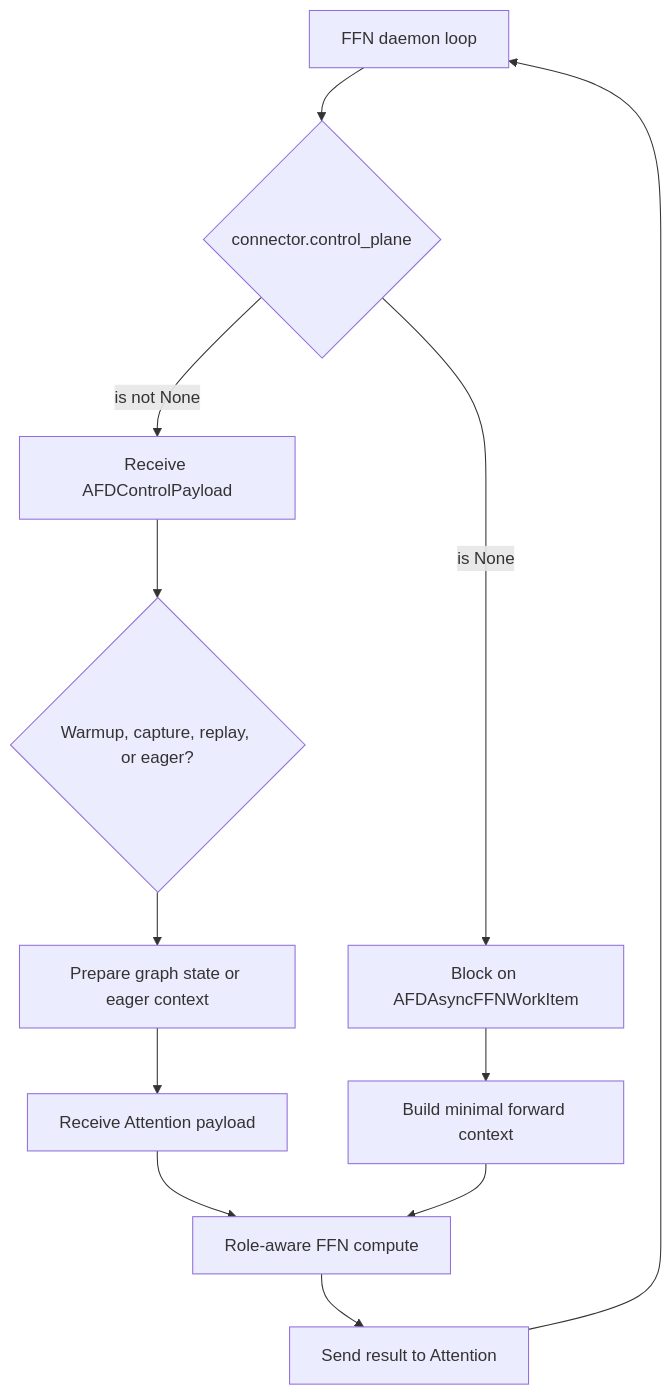
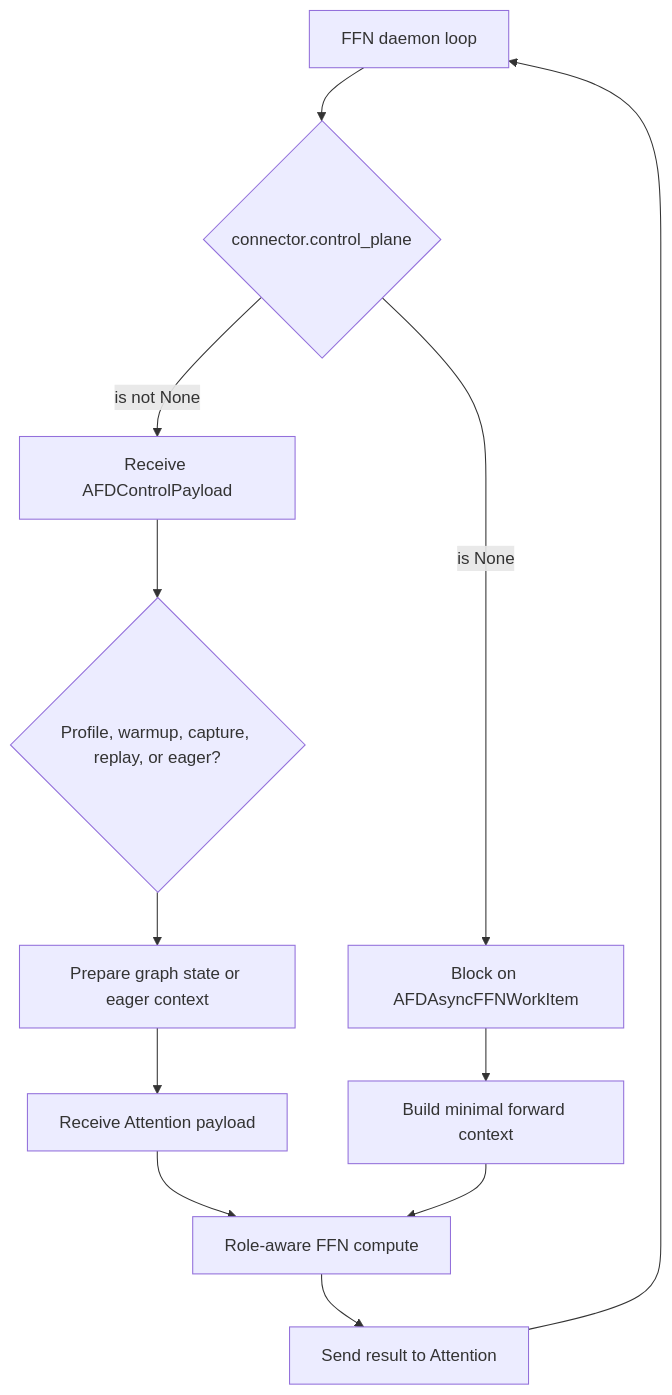
One commit to JiusiServe/afd-plugin changed the diagram in docs/design/module/ffn_runtime.md. Above: the diagram before and after it, drawn with Mermaid. The commit also changed other lines of this file and 8 other files, not shown here.

````diff
--- a/docs/design/module/ffn_runtime.md
+++ b/docs/design/module/ffn_runtime.md
@@ -140,14 +163,14 @@
 ```mermaid
 flowchart TD
     START["FFN daemon loop"] --> CONTROL_PLANE{"connector.control_plane"}
     CONTROL_PLANE -->|is not None| CONTROL["Receive AFDControlPayload"]
-    CONTROL --> FLAGS{"Warmup, capture, replay, or eager?"}
+    CONTROL --> FLAGS{"Profile, warmup, capture, replay, or eager?"}
     FLAGS --> GRAPH["Prepare graph state or eager context"]
     GRAPH --> RECEIVE["Receive Attention payload"]
     CONTROL_PLANE -->|is None| WORK["Block on AFDAsyncFFNWorkItem"]
     WORK --> CONTEXT["Build minimal forward context"]
     RECEIVE --> COMPUTE["Role-aware FFN compute"]
     CONTEXT --> COMPUTE
     COMPUTE --> SEND["Send result to Attention"]
     SEND --> START
 ```
````
